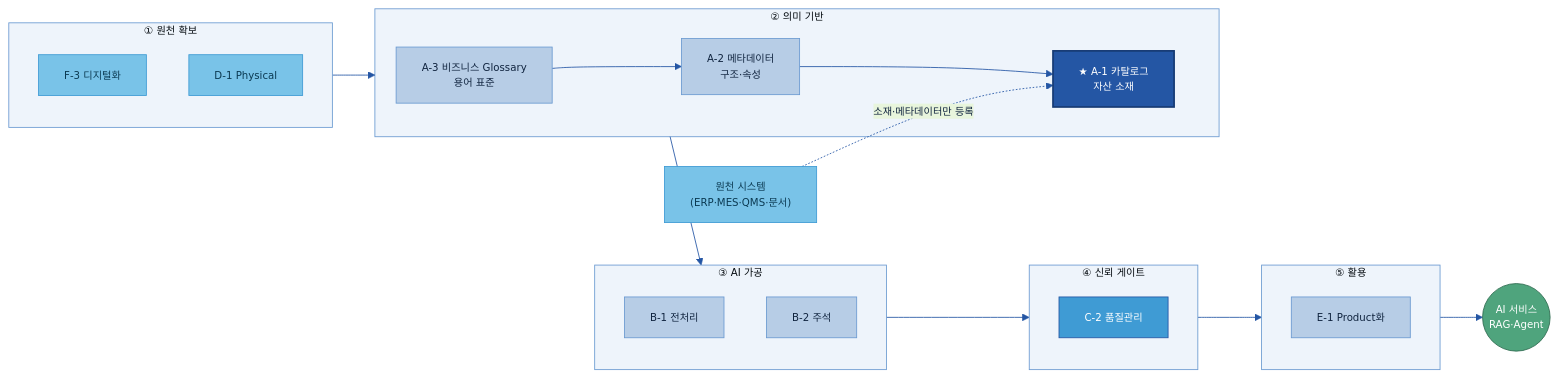
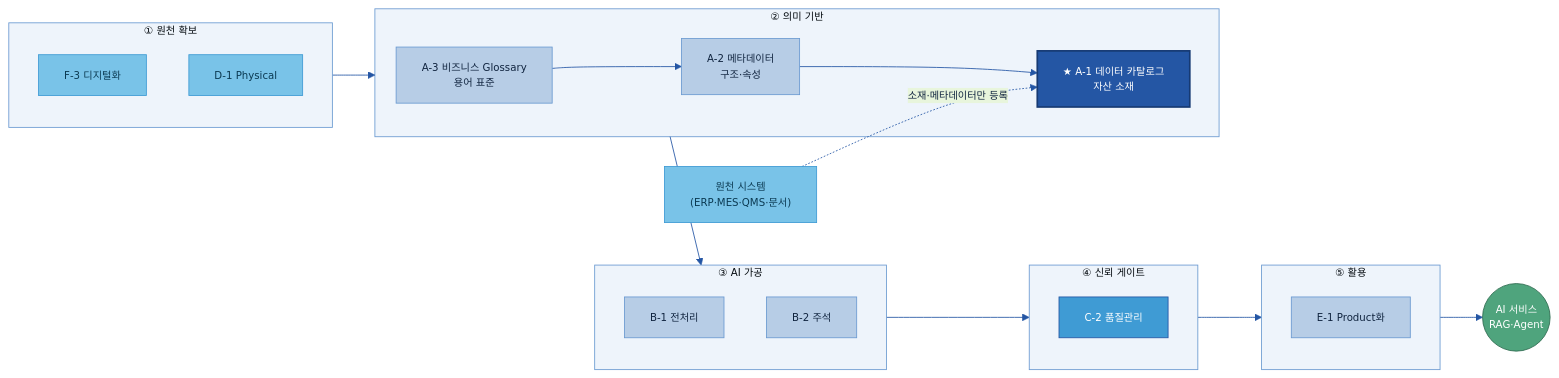
One commit to jin-kearney/ai-ready-data-manual changed the first of 10 diagrams in 가이드 작성/A-1 데이터 카탈로그/A-1 데이터 카탈로그_0623 수정.md. Above: the diagram before and after it, drawn with Mermaid. The commit also changed other lines of this file, not shown here.

Commit message:
Update A-1 데이터 카탈로그_0623 수정.md

````diff
--- a/가이드 작성/A-1 데이터 카탈로그/A-1 데이터 카탈로그_0623 수정.md
+++ b/가이드 작성/A-1 데이터 카탈로그/A-1 데이터 카탈로그_0623 수정.md
@@ -106,33 +106,33 @@
 ```mermaid
 %%{init: {'theme':'base','themeVariables':{'primaryColor':'#DCE8F5','primaryBorderColor':'#2456A4','primaryTextColor':'#10243f','lineColor':'#2456A4','clusterBkg':'#EEF4FB','clusterBorder':'#6B9AD1','fontSize':'12px'}}}%%
 flowchart LR
     subgraph S0["① 원천 확보"]
         F3["F-3 디지털화"]:::src
         D1["D-1 Physical"]:::src
     end
     subgraph S1["② 의미 기반"]
         A3["A-3 비즈니스 Glossary<br/>용어 표준"]:::n
         A2["A-2 메타데이터<br/>구조·속성"]:::n
-        A1["★ A-1 카탈로그<br/>자산 소재"]:::cat
+        A1["★ A-1 데이터 카탈로그<br/>자산 소재"]:::cat
         A3 --> A2 --> A1
     end
     subgraph S2["③ AI 가공"]
         B1["B-1 전처리"]:::n
         B2["B-2 주석"]:::n
     end
     subgraph S3["④ 신뢰 게이트"]
         C2["C-2 품질관리"]:::gate
     end
     subgraph S4["⑤ 활용"]
         E1["E-1 Product화"]:::n
     end
     AI(("AI 서비스<br/>RAG·Agent")):::loop
     SRC["원천 시스템<br/>(ERP·MES·QMS·문서)"]:::src
     SRC -.소재·메타데이터만 등록.-> A1
     S0 --> S1 --> S2 --> S3 --> S4 --> AI
     classDef n fill:#B7CDE6,stroke:#6B9AD1,color:#10243f;
     classDef src fill:#79C3E8,stroke:#3F9BD4,color:#0b3a52;
     classDef cat fill:#2456A4,color:#fff,stroke:#163a73,stroke-width:2px;
     classDef gate fill:#3F9BD4,stroke:#2456A4,color:#fff;
     classDef loop fill:#4FA47D,stroke:#2f6b50,color:#fff;
 ```
````
